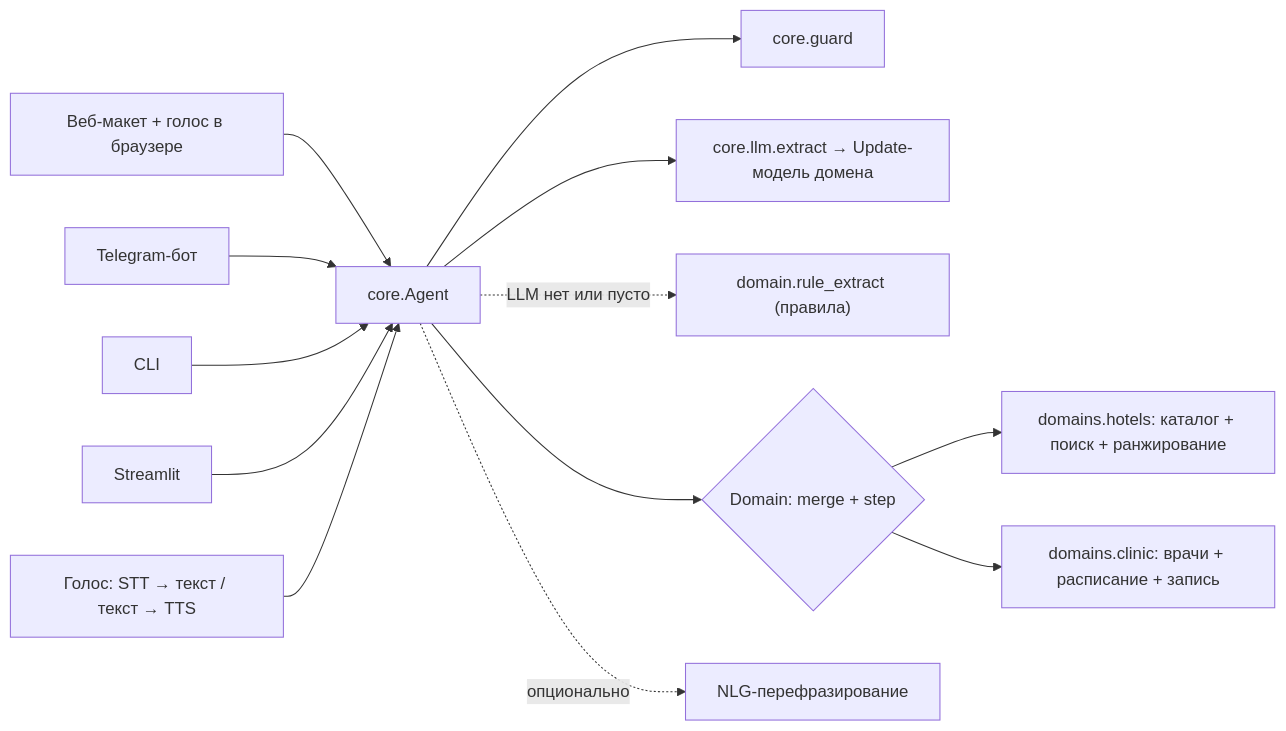
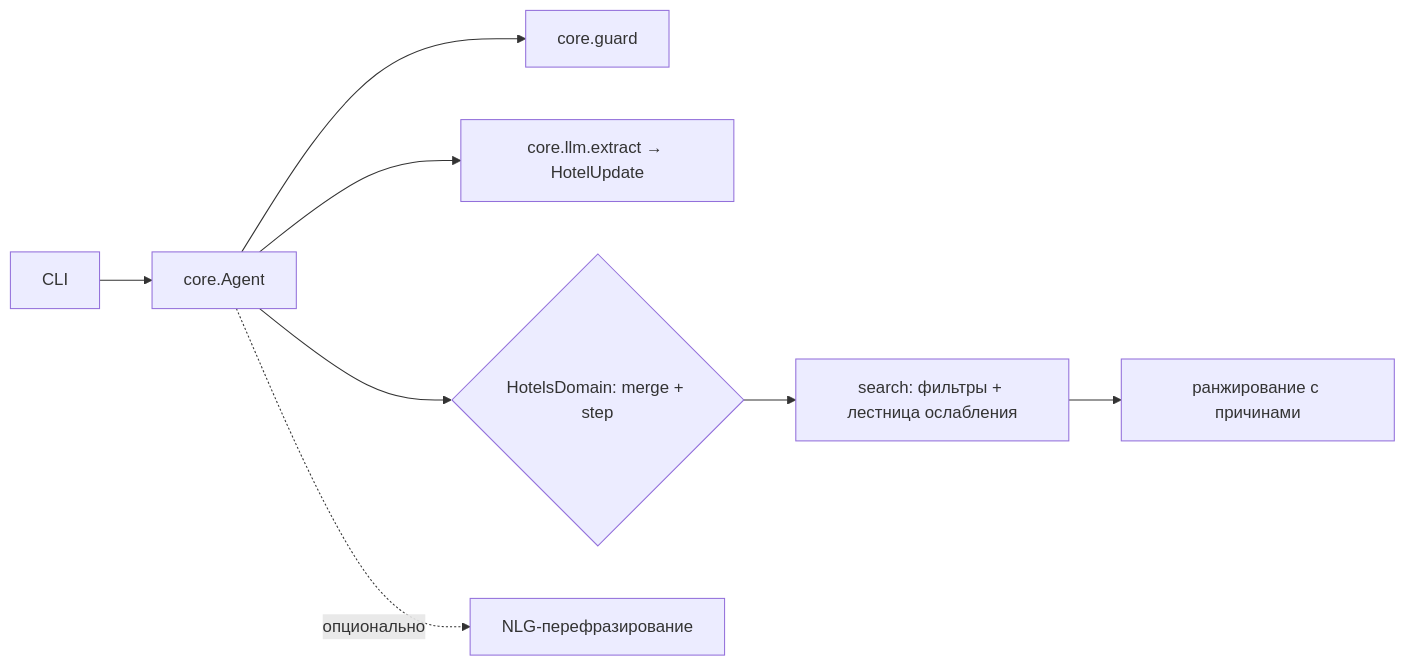
Before and after one commit to drkokorev/o-hack: the diagram in docs/02_architecture.md, drawn with Mermaid. The commit also changed other lines of this file and 29 other files, not shown here.

````diff
--- a/docs/02_architecture.md
+++ b/docs/02_architecture.md
@@ -5,15 +5,10 @@
 ```mermaid
 flowchart LR
-    WEB[Веб-макет + голос в браузере] --> A
-    TG[Telegram-бот] --> A
     CLI[CLI] --> A
-    UI[Streamlit] --> A
-    VOICE["Голос: STT → текст / текст → TTS"] --> A
     A[core.Agent] --> G[core.guard]
-    A --> X["core.llm.extract → Update-модель домена"]
-    A -. "LLM нет или пусто" .-> R["domain.rule_extract (правила)"]
-    A --> D{"Domain: merge + step"}
-    D --> H[domains.hotels: каталог + поиск + ранжирование]
-    D --> C[domains.clinic: врачи + расписание + запись]
+    A --> X["core.llm.extract → HotelUpdate"]
+    A --> D{"HotelsDomain: merge + step"}
+    D --> S[search: фильтры + лестница ослабления]
+    S --> R[ранжирование с причинами]
     A -. "опционально" .-> N[NLG-перефразирование]
 ```
````
